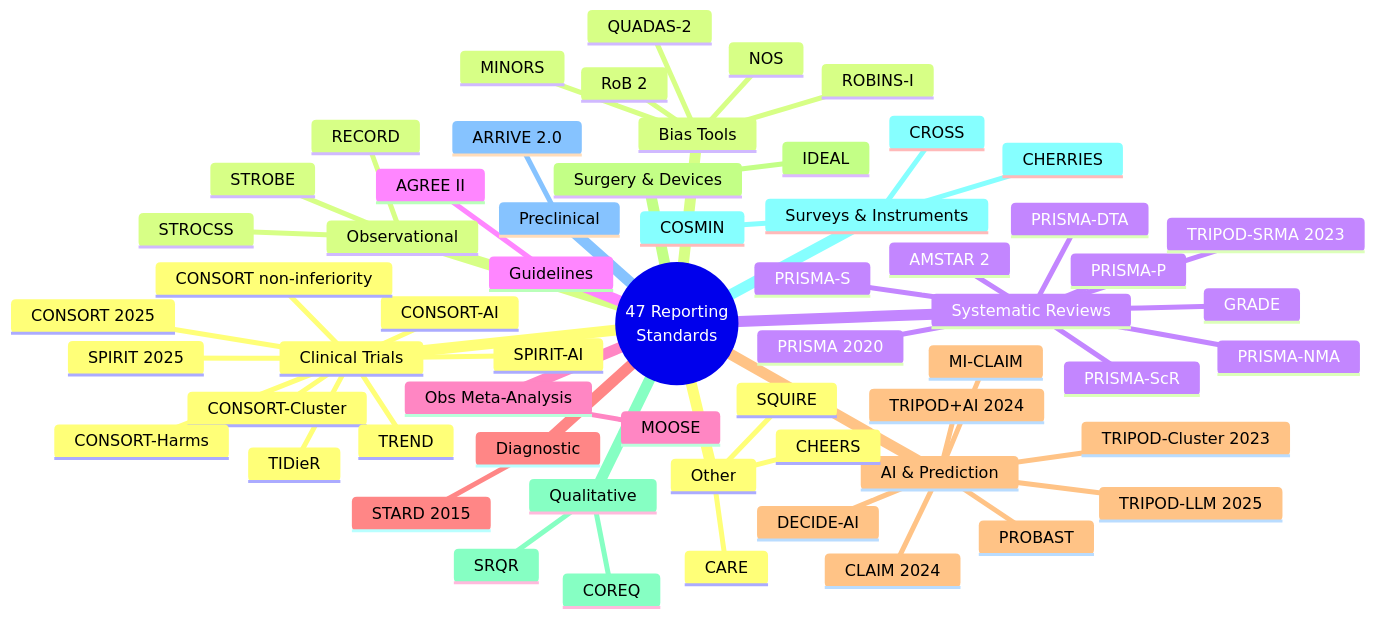
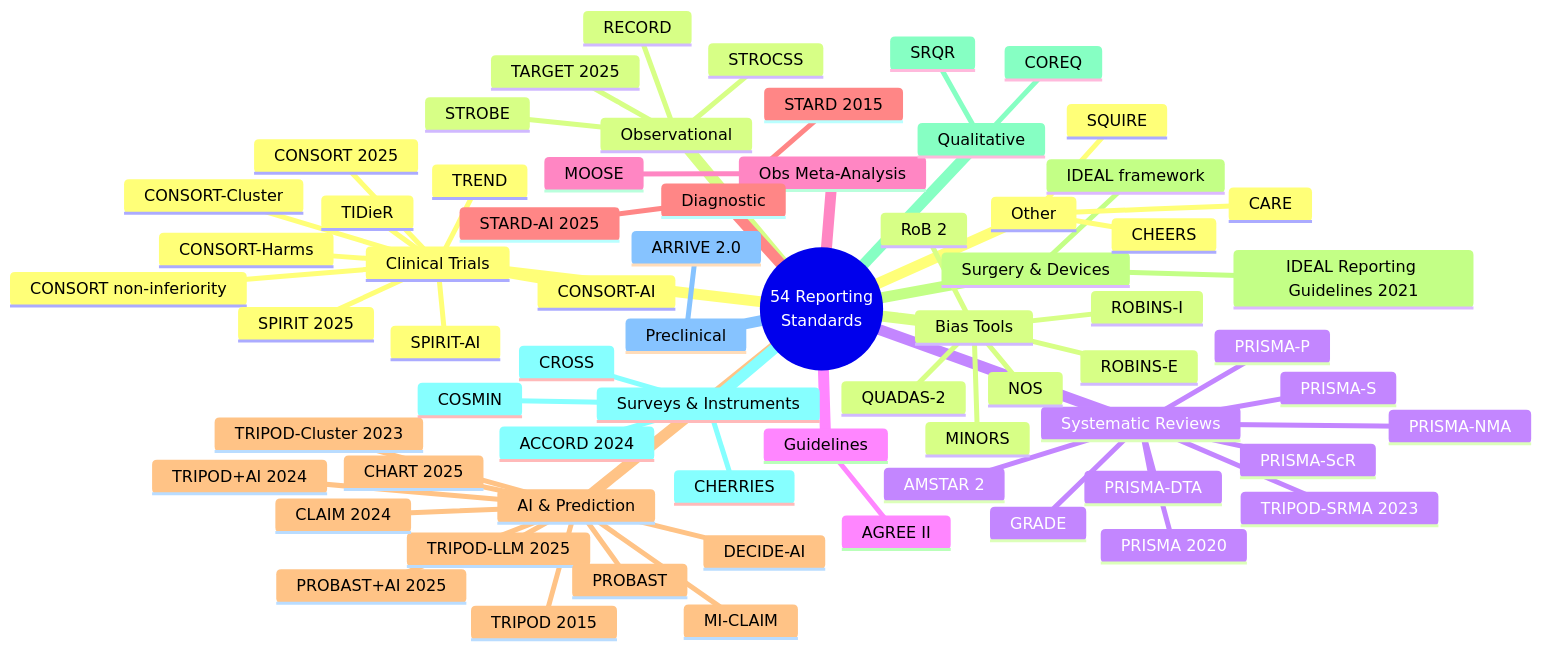
The eighth of 8 diagrams in docs/architecture.md (Stefansong/med-research-powers), drawn with Mermaid before and after one commit. The commit also changed other lines of this file and 4 other files, not shown here.

First line of the commit message:
docs: README, README_CN, user manual and architecture match the current behaviour and counts

````diff
--- a/docs/architecture.md
+++ b/docs/architecture.md
@@ -315,63 +315,71 @@
 ```mermaid
 mindmap
-  root(("47 Reporting<br/>Standards"))
+  root(("54 Reporting<br/>Standards"))
     Clinical Trials
       CONSORT 2025
       CONSORT-AI
       CONSORT-Cluster
       CONSORT non-inferiority
       TREND
       SPIRIT 2025
       SPIRIT-AI
       TIDieR
       CONSORT-Harms
     Observational
       STROBE
       RECORD
       STROCSS
+      TARGET 2025
     Systematic Reviews
       PRISMA 2020
       PRISMA-P
       PRISMA-ScR
       PRISMA-S
       PRISMA-DTA
       PRISMA-NMA
       TRIPOD-SRMA 2023
       AMSTAR 2
       GRADE
     Guidelines
       AGREE II
     Obs Meta-Analysis
       MOOSE
     Diagnostic
       STARD 2015
+      STARD-AI 2025
     AI & Prediction
+      TRIPOD 2015
       TRIPOD+AI 2024
       TRIPOD-LLM 2025
       TRIPOD-Cluster 2023
       CLAIM 2024
       MI-CLAIM
       DECIDE-AI
+      CHART 2025
       PROBAST
+      PROBAST+AI 2025
     Surgery & Devices
-      IDEAL
+      IDEAL framework
+      IDEAL Reporting Guidelines 2021
     Qualitative
       COREQ
       SRQR
     Surveys & Instruments
       CHERRIES
       CROSS
       COSMIN
+      ACCORD 2024
     Preclinical
       ARRIVE 2.0
     Other
       CARE
       SQUIRE
       CHEERS
     Bias Tools
       RoB 2
       ROBINS-I
+      ROBINS-E
       NOS
       MINORS
       QUADAS-2
 ```
````
